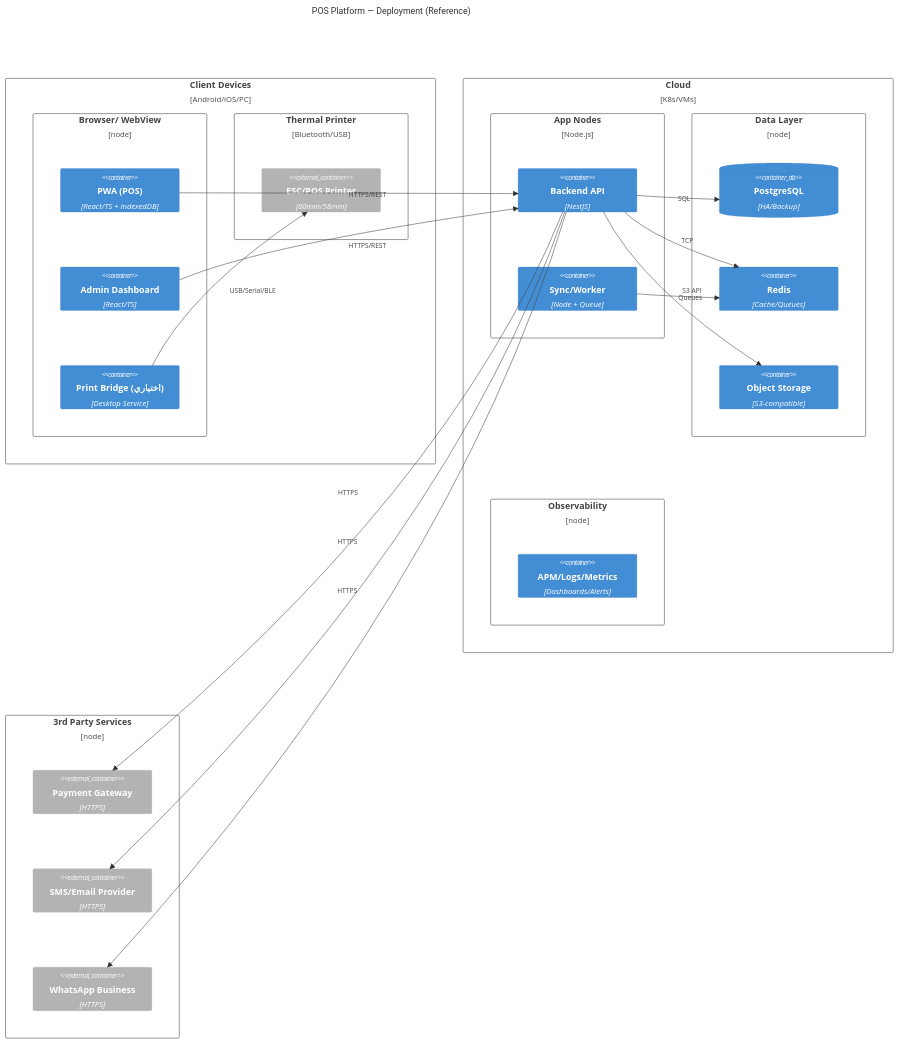
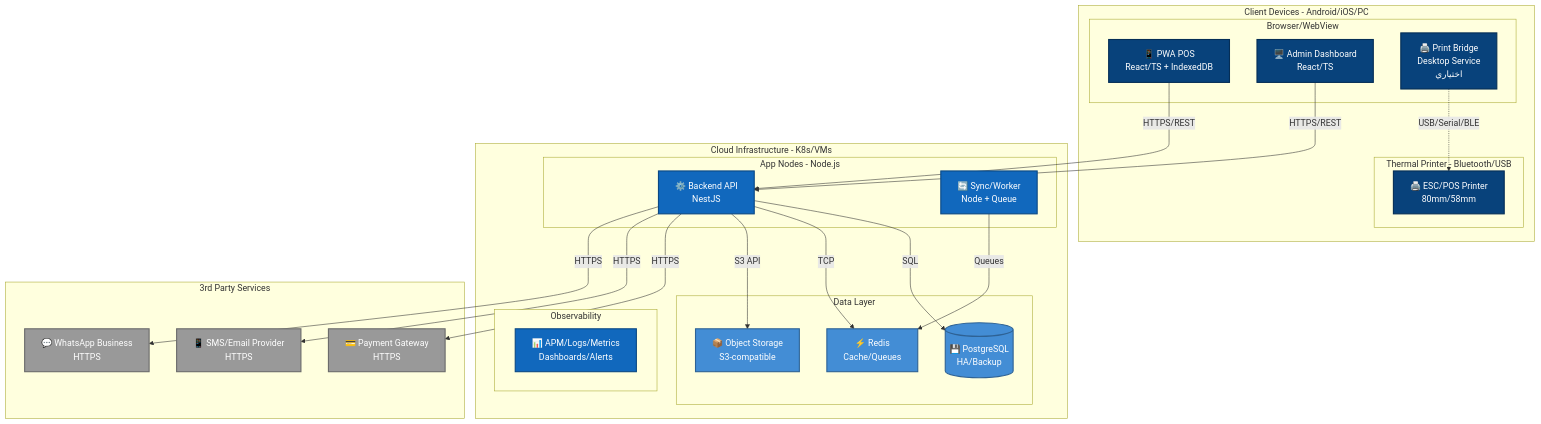
The fourth of 5 diagrams in C4_POS_Platform.md (mpro775/new-project), drawn with Mermaid before and after one commit. The commit also changed other lines of this file, not shown here.

Commit message:
Enhance C4 Model documentation for POS Platform with detailed diagrams and content updates, including System Context, Container, Component, Deployment, and Dynamic scenarios. Added technical notes on system features and technologies used.

````diff
--- a/C4_POS_Platform.md
+++ b/C4_POS_Platform.md
@@ -139,47 +221,58 @@
 ```mermaid
-C4Deployment
-title POS Platform — Deployment (Reference)
-
-Deployment_Node(client, "Client Devices", "Android/iOS/PC") {
-  Deployment_Node(browser, "Browser/ WebView") {
-    Container(pwa, "PWA (POS)", "React/TS + IndexedDB")
-    Container(admin, "Admin Dashboard", "React/TS")
-    Container(printBridge, "Print Bridge (اختياري)", "Desktop Service")
-  }
-  Deployment_Node(printer, "Thermal Printer", "Bluetooth/USB") {
-    Container_Ext(escpos, "ESC/POS Printer", "80mm/58mm")
-  }
-}
-
-Deployment_Node(cloud, "Cloud", "K8s/VMs") {
-  Deployment_Node(app, "App Nodes", "Node.js") {
-    Container(api, "Backend API", "NestJS")
-    Container(sync, "Sync/Worker", "Node + Queue")
-  }
-  Deployment_Node(data, "Data Layer") {
-    ContainerDb(db, "PostgreSQL", "HA/Backup")
-    Container(cache, "Redis", "Cache/Queues")
-    Container(store, "Object Storage", "S3-compatible")
-  }
-  Deployment_Node(obs, "Observability") {
-    Container(monitor, "APM/Logs/Metrics", "Dashboards/Alerts")
-  }
-}
-
-Deployment_Node(ext, "3rd Party Services") {
-  Container_Ext(payment, "Payment Gateway", "HTTPS")
-  Container_Ext(sms, "SMS/Email Provider", "HTTPS")
-  Container_Ext(whatsapp, "WhatsApp Business", "HTTPS")
-}
-
-Rel(pwa, api, "HTTPS/REST")
-Rel(admin, api, "HTTPS/REST")
-Rel(api, db, "SQL")
-Rel(api, cache, "TCP")
-Rel(sync, cache, "Queues")
-Rel(api, store, "S3 API")
-Rel(api, payment, "HTTPS")
-Rel(api, sms, "HTTPS")
-Rel(api, whatsapp, "HTTPS")
-Rel(printBridge, escpos, "USB/Serial/BLE")
+graph TB
+    subgraph clientdevices["Client Devices - Android/iOS/PC"]
+        subgraph browser["Browser/WebView"]
+            pwa["📱 PWA POS<br/>React/TS + IndexedDB"]
+            admin["🖥️ Admin Dashboard<br/>React/TS"]
+            printbridge["🖨️ Print Bridge<br/>Desktop Service<br/>اختياري"]
+        end
+        
+        subgraph thermalprinter["Thermal Printer - Bluetooth/USB"]
+            escpos["🖨️ ESC/POS Printer<br/>80mm/58mm"]
+        end
+    end
+    
+    subgraph cloudinfra["Cloud Infrastructure - K8s/VMs"]
+        subgraph appnodes["App Nodes - Node.js"]
+            api["⚙️ Backend API<br/>NestJS"]
+            sync["🔄 Sync/Worker<br/>Node + Queue"]
+        end
+        
+        subgraph datalayer["Data Layer"]
+            db[("💾 PostgreSQL<br/>HA/Backup")]
+            cache["⚡ Redis<br/>Cache/Queues"]
+            store["📦 Object Storage<br/>S3-compatible"]
+        end
+        
+        subgraph observability["Observability"]
+            monitor["📊 APM/Logs/Metrics<br/>Dashboards/Alerts"]
+        end
+    end
+    
+    subgraph thirdparty["3rd Party Services"]
+        payment["💳 Payment Gateway<br/>HTTPS"]
+        sms["📱 SMS/Email Provider<br/>HTTPS"]
+        whatsapp["💬 WhatsApp Business<br/>HTTPS"]
+    end
+    
+    pwa -->|HTTPS/REST| api
+    admin -->|HTTPS/REST| api
+    api -->|SQL| db
+    api -->|TCP| cache
+    sync -->|Queues| cache
+    api -->|S3 API| store
+    api -->|HTTPS| payment
+    api -->|HTTPS| sms
+    api -->|HTTPS| whatsapp
+    printbridge -.->|USB/Serial/BLE| escpos
+    
+    classDef clientStyle fill:#08427b,stroke:#052e56,color:#fff,stroke-width:2px
+    classDef appStyle fill:#1168bd,stroke:#0b4884,color:#fff,stroke-width:2px
+    classDef dataStyle fill:#438dd5,stroke:#2e6295,color:#fff,stroke-width:2px
+    classDef externalStyle fill:#999999,stroke:#6b6b6b,color:#fff,stroke-width:2px
+    
+    class pwa,admin,printbridge,escpos clientStyle
+    class api,sync,monitor appStyle
+    class db,cache,store dataStyle
+    class payment,sms,whatsapp externalStyle
 ```
````
